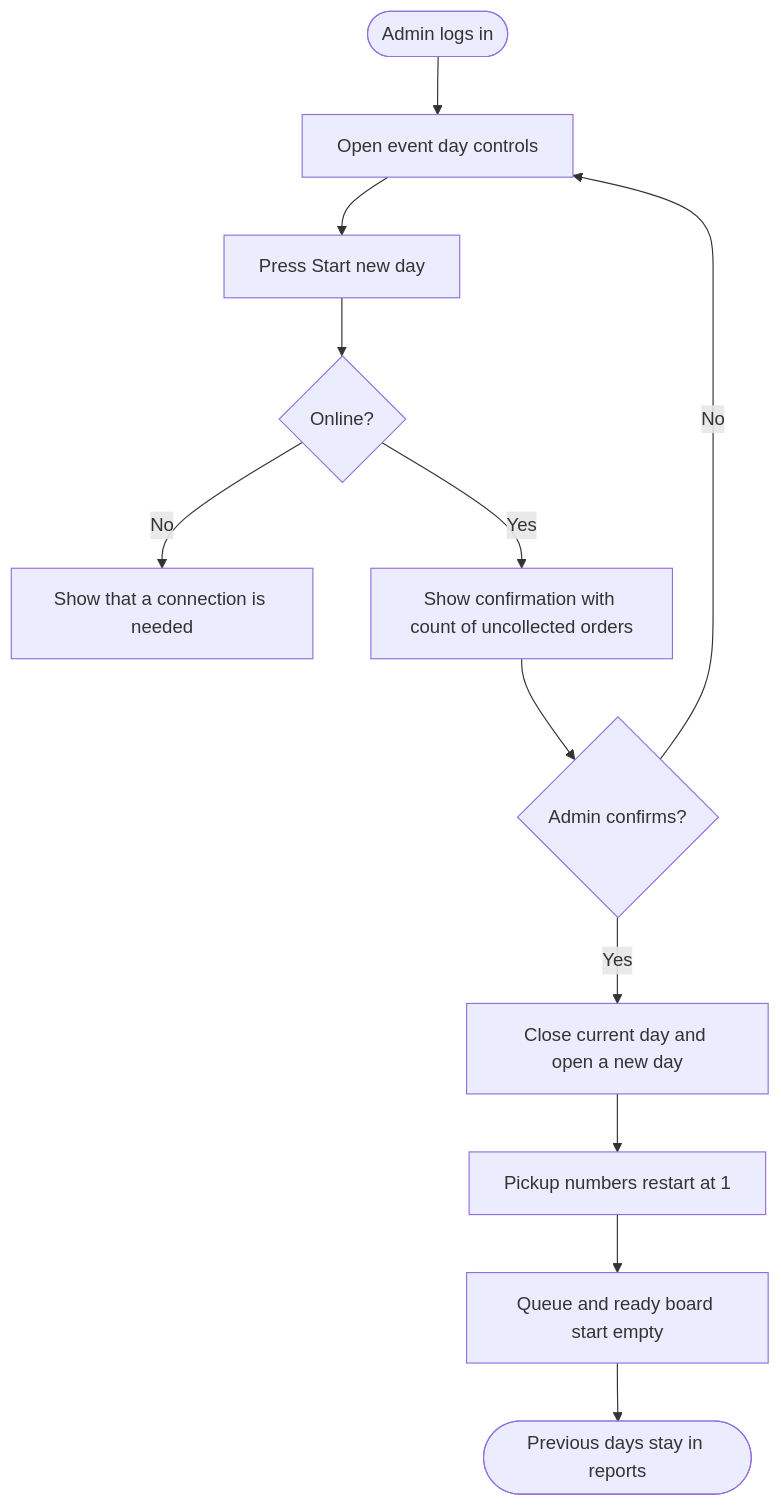
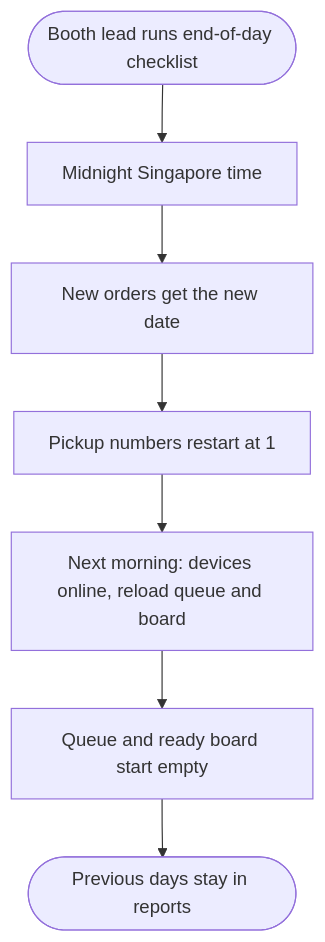
One commit to bnb-qms/beans-beats-qms changed the diagram in docs/specs/F19-reset-between-event-days.md. Above: the diagram before and after it, drawn with Mermaid. The commit also changed other lines of this file and 3 other files, not shown here.

````diff
--- a/docs/specs/F19-reset-between-event-days.md
+++ b/docs/specs/F19-reset-between-event-days.md
@@ -37,14 +37,9 @@
 ```mermaid
 flowchart TD
-    A([Admin logs in]) --> B[Open event day controls]
-    B --> C[Press Start new day]
-    C --> D{Online?}
-    D -->|No| E[Show that a connection is needed]
-    D -->|Yes| F[Show confirmation with count of uncollected orders]
-    F --> G{Admin confirms?}
-    G -->|No| B
-    G -->|Yes| H[Close current day and open a new day]
-    H --> I[Pickup numbers restart at 1]
-    I --> J[Queue and ready board start empty]
-    J --> K([Previous days stay in reports])
+    A([Booth lead runs end-of-day checklist]) --> B[Midnight Singapore time]
+    B --> C[New orders get the new date]
+    C --> D[Pickup numbers restart at 1]
+    D --> E[Next morning: devices online, reload queue and board]
+    E --> F[Queue and ready board start empty]
+    F --> G([Previous days stay in reports])
 ```
````
